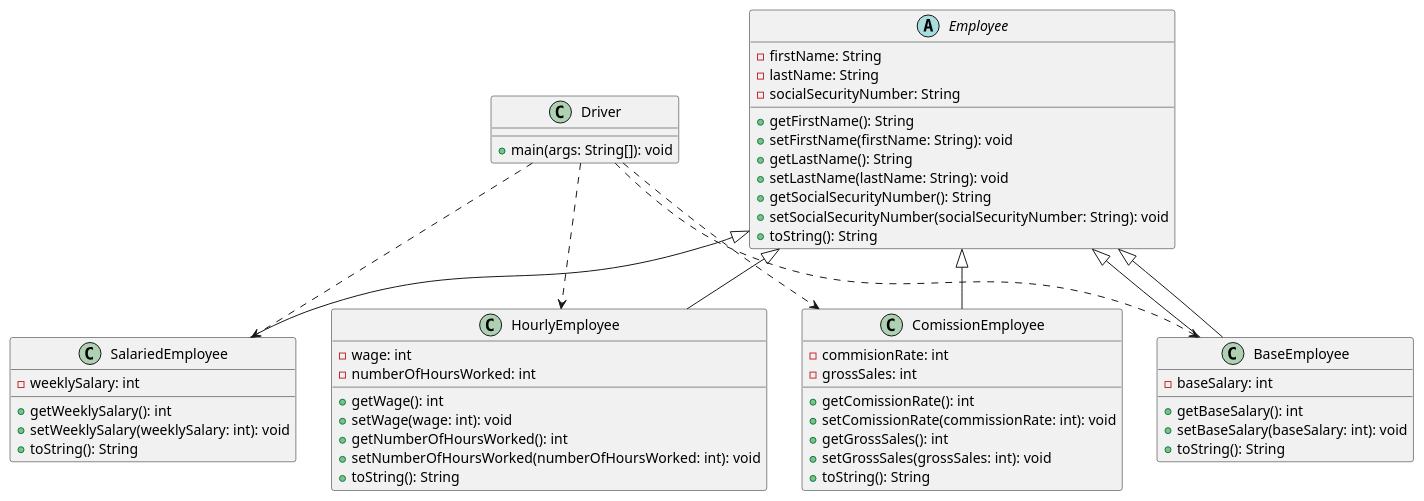
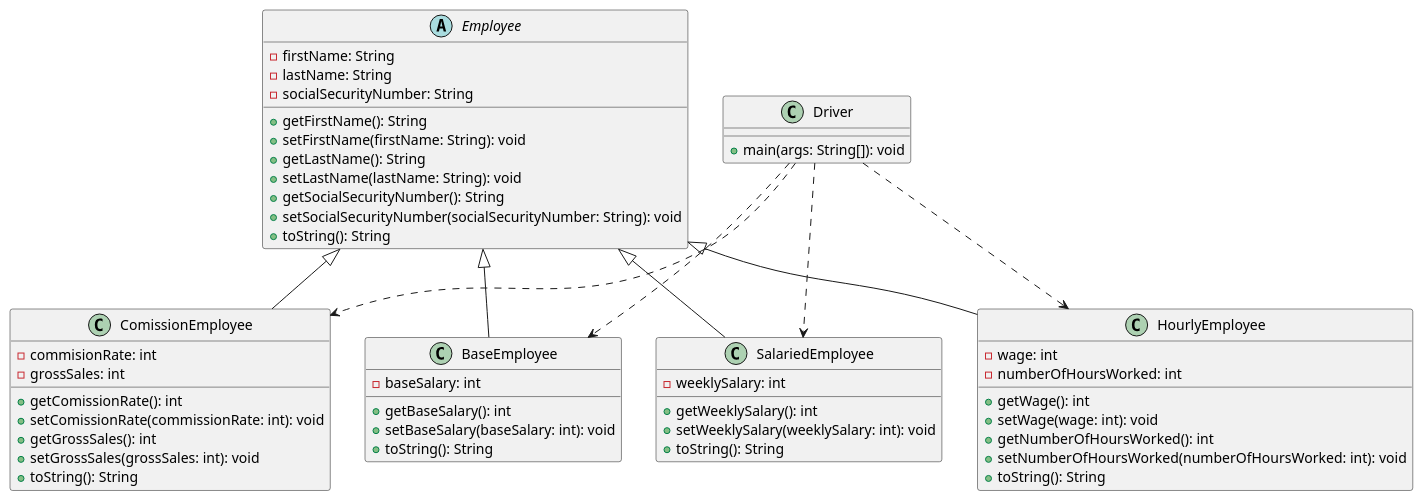
The diagram in inheritance/Part1.puml (jeff-reff/HW4-1), drawn with PlantUML before and after one commit.

Commit message:
remove extends

```diff
--- a/inheritance/Part1.puml
+++ b/inheritance/Part1.puml
@@ -1,71 +1,71 @@
 @startuml
 'https://plantuml.com/class-diagram
 
 abstract class Employee{
     - firstName: String
     - lastName: String
     - socialSecurityNumber: String
 
     + getFirstName(): String
     + setFirstName(firstName: String): void
     + getLastName(): String
     + setLastName(lastName: String): void
     + getSocialSecurityNumber(): String
     + setSocialSecurityNumber(socialSecurityNumber: String): void
     + toString(): String
 
 }
 
 class SalariedEmployee{
     - weeklySalary: int
 
     + getWeeklySalary(): int
     + setWeeklySalary(weeklySalary: int): void
     + toString(): String
 }
 
 class HourlyEmployee{
     - wage: int
     - numberOfHoursWorked: int
 
     + getWage(): int
     + setWage(wage: int): void
     + getNumberOfHoursWorked(): int
     + setNumberOfHoursWorked(numberOfHoursWorked: int): void
     + toString(): String
 }
 
 class ComissionEmployee{
     - commisionRate: int
     - grossSales: int
 
     + getComissionRate(): int
     + setComissionRate(commissionRate: int): void
     + getGrossSales(): int
     + setGrossSales(grossSales: int): void
     + toString(): String
 }
 
-class BaseEmployee extends Employee {
+class BaseEmployee {
     - baseSalary: int
 
     + getBaseSalary(): int
     + setBaseSalary(baseSalary: int): void
     + toString(): String
 }
 
 class Driver {
     + main(args: String[]): void
 }
 
 Employee <|-- SalariedEmployee
 Employee <|-- BaseEmployee
 Employee <|-- HourlyEmployee
 Employee <|-- ComissionEmployee
 
 Driver ..> SalariedEmployee
 Driver ..> BaseEmployee
 Driver ..> HourlyEmployee
 Driver ..> ComissionEmployee
 
 @enduml
```
